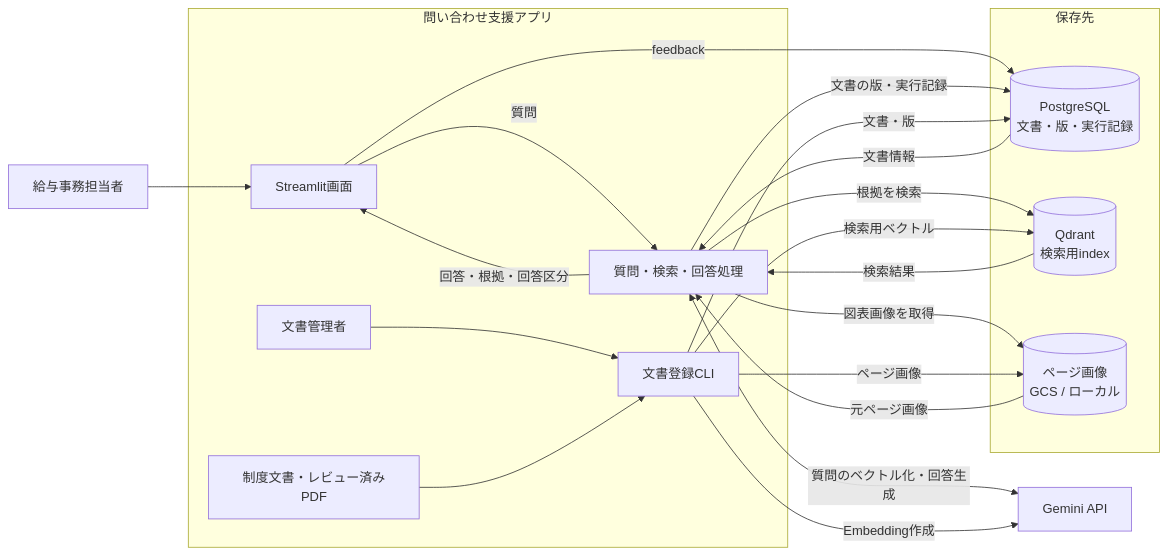
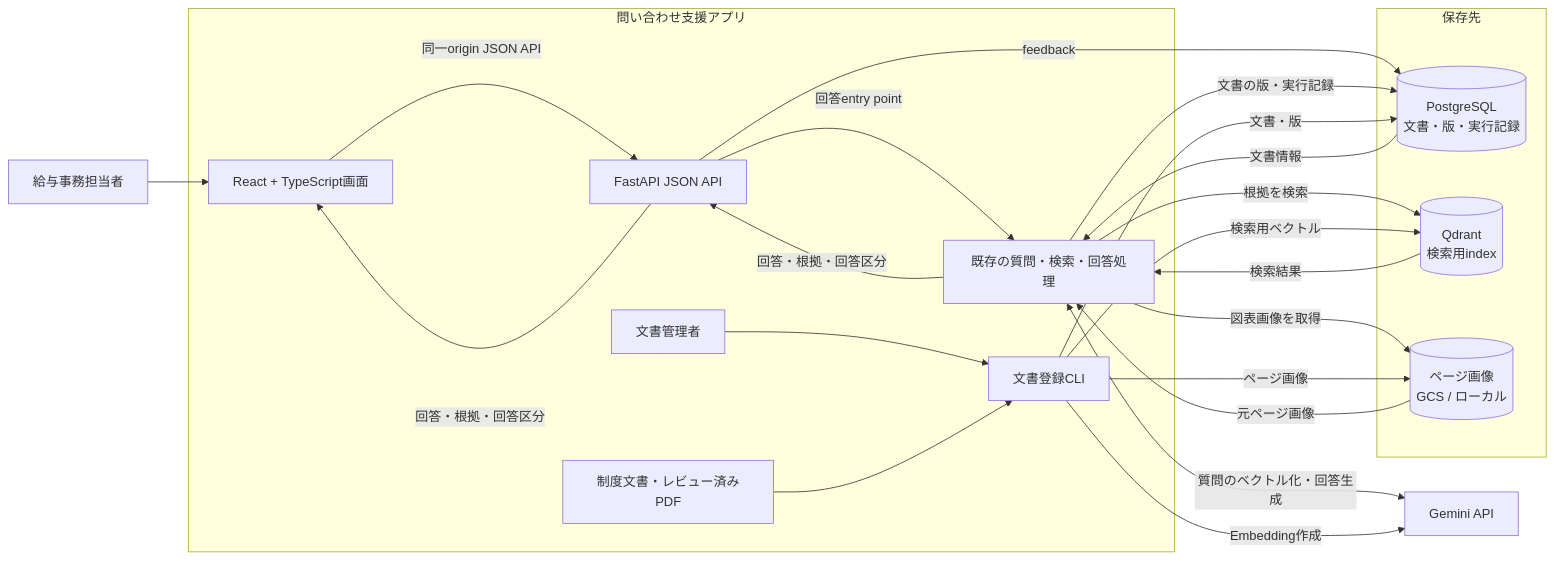
The first of 2 diagrams in README.md (toko1970/municipal-rag-assistant), drawn with Mermaid before and after one commit. The commit also changed other lines of this file and 48 other files, not shown here.

Commit message:
feat: migrate public UI to React and FastAPI

````diff
--- a/README.md
+++ b/README.md
@@ -24,38 +24,41 @@
 ```mermaid
 flowchart LR
     U[給与事務担当者]
     A[文書管理者]
     D[制度文書・レビュー済みPDF]
 
     subgraph APP[問い合わせ支援アプリ]
-        UI[Streamlit画面]
-        QS[質問・検索・回答処理]
+        UI[React + TypeScript画面]
+        API[FastAPI JSON API]
+        QS[既存の質問・検索・回答処理]
         ING[文書登録CLI]
-        UI -->|質問| QS
-        QS -->|回答・根拠・回答区分| UI
+        UI -->|同一origin JSON API| API
+        API -->|回答entry point| QS
+        QS -->|回答・根拠・回答区分| API
+        API -->|回答・根拠・回答区分| UI
         A --> ING
         D --> ING
     end
 
     subgraph DATA[保存先]
         PG[(PostgreSQL<br/>文書・版・実行記録)]
         QD[(Qdrant<br/>検索用index)]
         AS[(ページ画像<br/>GCS / ローカル)]
     end
 
     GEM[Gemini API]
 
     U --> UI
-    UI -->|feedback| PG
+    API -->|feedback| PG
     QS -->|根拠を検索| QD
     QD -->|検索結果| QS
     QS -->|文書の版・実行記録| PG
     PG -->|文書情報| QS
     QS -->|図表画像を取得| AS
     AS -->|元ページ画像| QS
     QS <-->|質問のベクトル化・回答生成| GEM
     ING -->|文書・版| PG
     ING -->|検索用ベクトル| QD
     ING -->|ページ画像| AS
     ING -->|Embedding作成| GEM
 ```
````
